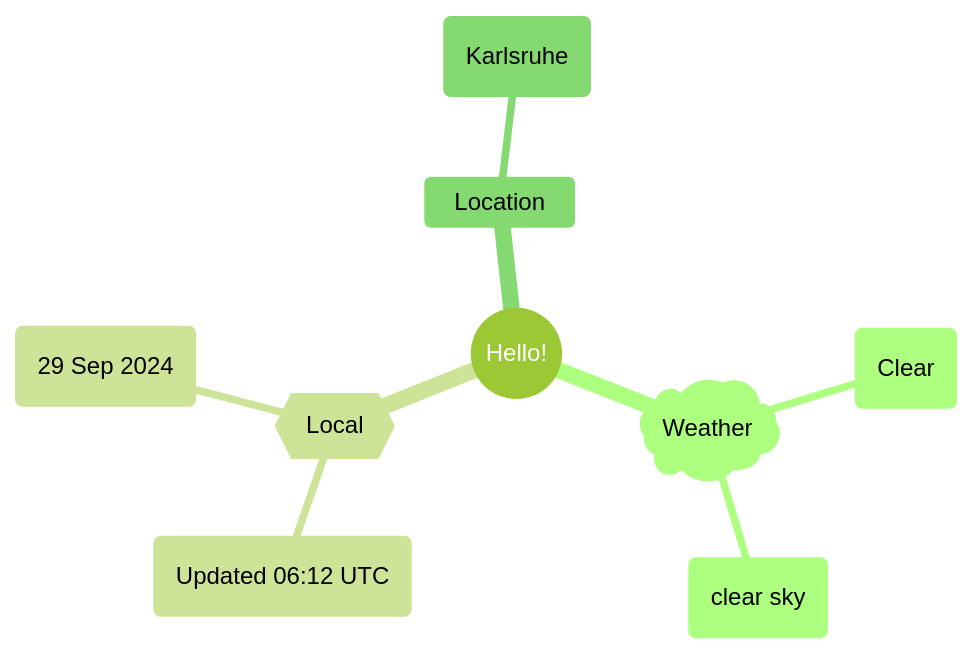
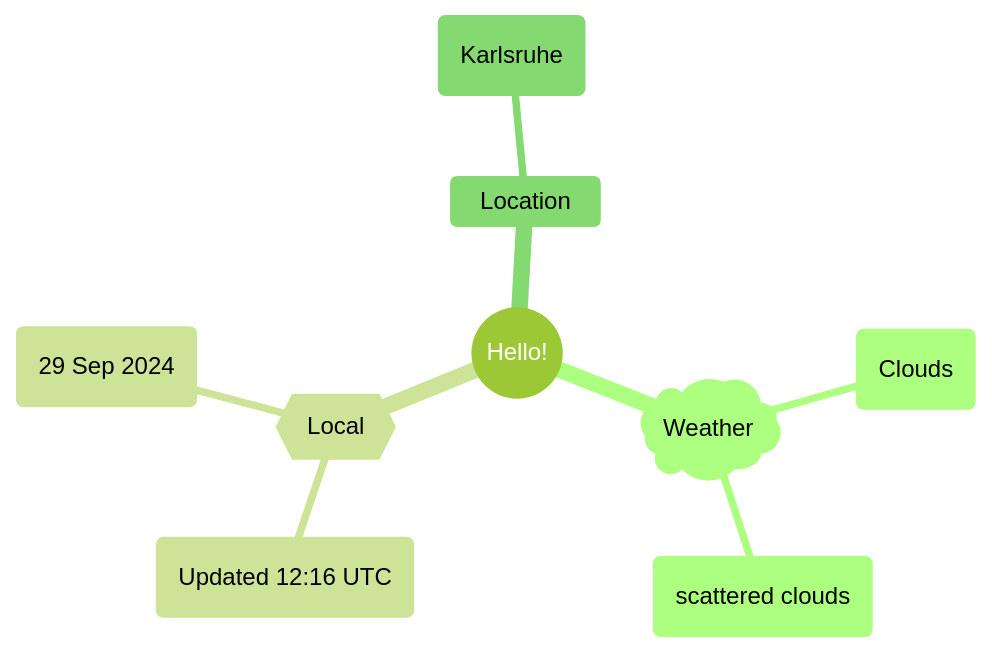
Before and after one commit to Xosrov/Xosrov: the first of 2 diagrams in README.md, drawn with Mermaid (forest theme).

Commit message:
[bot] updated images

````diff
--- a/README.md
+++ b/README.md
@@ -3,12 +3,12 @@
 ```mermaid
 mindmap
   root((Hello!))
     )Weather(
-        (Clear)
-        (clear sky)
+        (Clouds)
+        (scattered clouds)
     {{Local}}
-        (Updated 06:12 UTC)
+        (Updated 12:16 UTC)
         (29 Sep 2024)
     Location
         (Karlsruhe)
 ```
````
